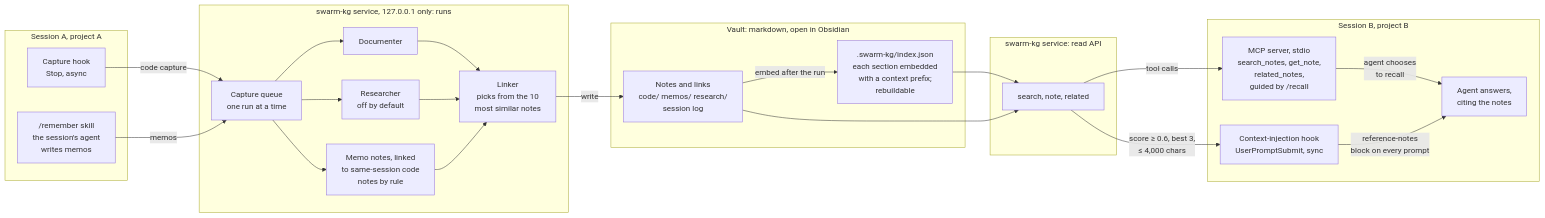
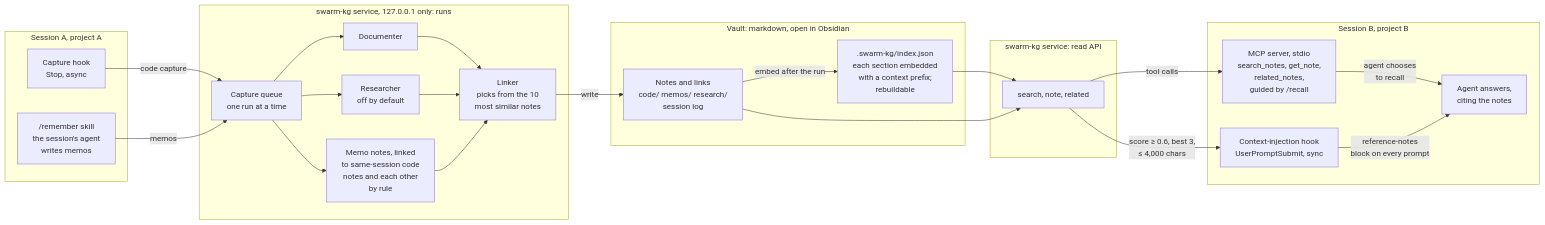
The diagram in docs/architecture.md (lukewoodcock/knowledge-graph), drawn with Mermaid before and after one commit. The commit also changed other lines of this file and 4 other files, not shown here.

First line of the commit message:
fix: memos saved in the same run link to each other under Same Session

````diff
--- a/docs/architecture.md
+++ b/docs/architecture.md
@@ -7,43 +7,43 @@
 ```mermaid
 flowchart LR
   subgraph A["Session A, project A"]
     CH["Capture hook<br/>Stop, async"]
     RM["/remember skill<br/>the session's agent<br/>writes memos"]
   end
 
   subgraph W["swarm-kg service, 127.0.0.1 only: runs"]
     Q["Capture queue<br/>one run at a time"]
     DOC["Documenter"]
     RES["Researcher<br/>off by default"]
-    MEMO["Memo notes, linked<br/>to same-session code<br/>notes by rule"]
+    MEMO["Memo notes, linked<br/>to same-session code<br/>notes and each other<br/>by rule"]
     LNK["Linker<br/>picks from the 10<br/>most similar notes"]
   end
 
   subgraph V["Vault: markdown, open in Obsidian"]
     N["Notes and links<br/>code/ memos/ research/<br/>session log"]
     I[".swarm-kg/index.json<br/>each section embedded<br/>with a context prefix;<br/>rebuildable"]
   end
 
   subgraph R["swarm-kg service: read API"]
     API["search, note, related"]
   end
 
   subgraph B["Session B, project B"]
     MCP["MCP server, stdio<br/>search_notes, get_note,<br/>related_notes,<br/>guided by /recall"]
     CI["Context-injection hook<br/>UserPromptSubmit, sync"]
     AG["Agent answers,<br/>citing the notes"]
   end
 
   CH -- "code capture" --> Q
   RM -- "memos" --> Q
   Q --> DOC & RES
   Q --> MEMO
   DOC & RES & MEMO --> LNK
   LNK -- "write" --> N
   N -- "embed after the run" --> I
   I & N --> API
   API -- "tool calls" --> MCP
   API -- "score ≥ 0.6, best 3,<br/>≤ 4,000 chars" --> CI
   MCP -- "agent chooses<br/>to recall" --> AG
   CI -- "reference-notes<br/>block on every prompt" --> AG
 ```
````
